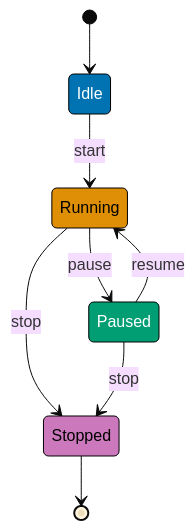
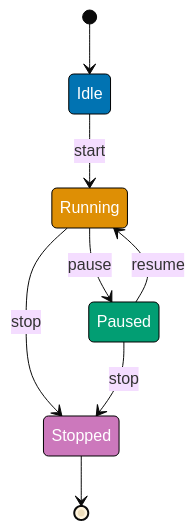
Before and after one commit to wahidyankf/open-sharia-enterprise: the fourth of 7 diagrams in apps/ayokoding-web/content/en/learn/software-engineering/architecture/finite-state-machine-fsm/by-example/beginner.md, drawn with Mermaid (base theme). The commit also changed other lines of this file and 61 other files, not shown here.

First line of the commit message:
fix(ayokoding-web): quote Mermaid node labels with special characters in Example 63

````diff
--- a/apps/ayokoding-web/content/en/learn/software-engineering/architecture/finite-state-machine-fsm/by-example/beginner.md
+++ b/apps/ayokoding-web/content/en/learn/software-engineering/architecture/finite-state-machine-fsm/by-example/beginner.md
@@ -241,20 +241,20 @@
 ```mermaid
 stateDiagram-v2
     [*] --> Idle
     Idle --> Running: start
     Running --> Paused: pause
     Paused --> Running: resume
     Running --> Stopped: stop
     Paused --> Stopped: stop
     Stopped --> [*]
 
     classDef idleState fill:#0173B2,stroke:#000,color:#fff
-    classDef runningState fill:#DE8F05,stroke:#000,color:#000
+    classDef runningState fill:#DE8F05,stroke:#000,color:#fff
     classDef pausedState fill:#029E73,stroke:#000,color:#fff
-    classDef stoppedState fill:#CC78BC,stroke:#000,color:#000
+    classDef stoppedState fill:#CC78BC,stroke:#000,color:#fff
 
     class Idle idleState
     class Running runningState
     class Paused pausedState
     class Stopped stoppedState
 ```
````
